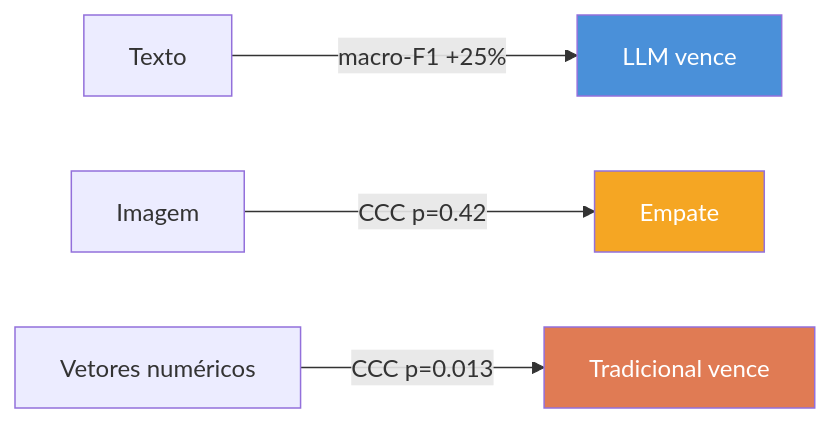
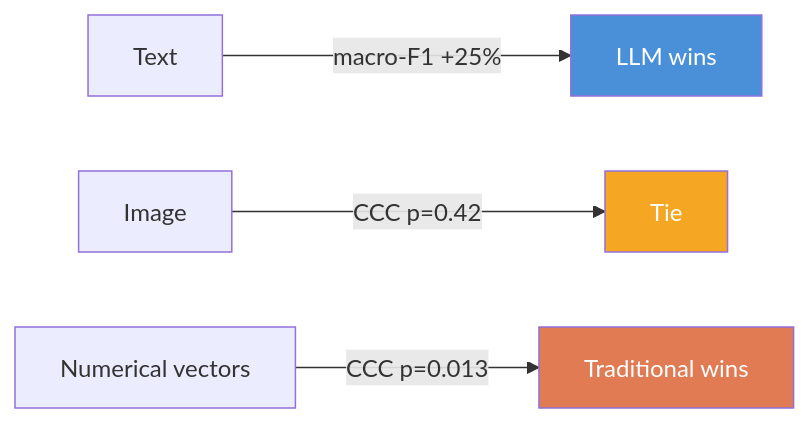
The second of 2 diagrams in README.md (THIAGONOMA/PaperAdvanRobot), drawn with Mermaid before and after one commit. The commit also changed other lines of this file and 20 other files, not shown here.

````diff
--- a/README.md
+++ b/README.md
@@ -72,10 +76,10 @@
 ```mermaid
 graph LR
-    TXT["Texto"] -->|"macro-F1 +25%"| WIN["LLM vence"]
-    IMG["Imagem"] -->|"CCC p=0.42"| TIE["Empate"]
-    NUM["Vetores numéricos"] -->|"CCC p=0.013"| LOSE["Tradicional vence"]
+    TXT["Text"] -->|"macro-F1 +25%"| WIN["LLM wins"]
+    IMG["Image"] -->|"CCC p=0.42"| TIE["Tie"]
+    NUM["Numerical vectors"] -->|"CCC p=0.013"| LOSE["Traditional wins"]
 
     style WIN fill:#4A90D9,color:#fff
     style TIE fill:#F5A623,color:#fff
     style LOSE fill:#E07B54,color:#fff
 ```
````
